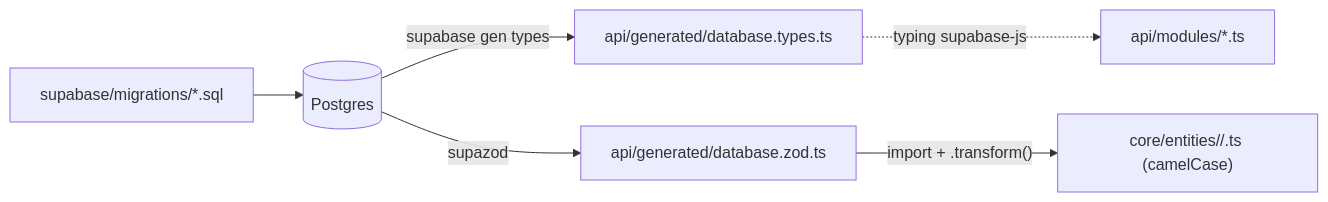
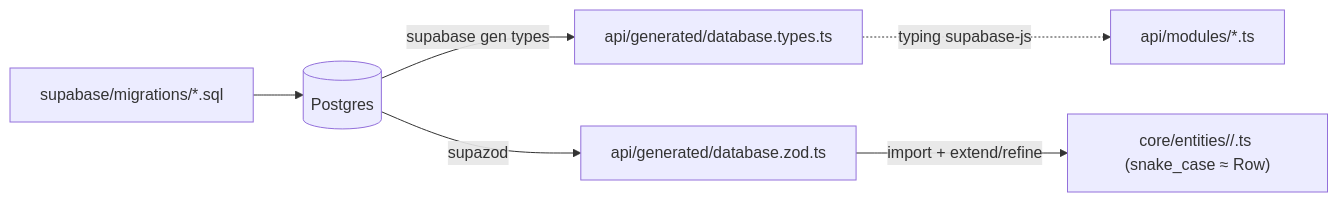
The third of 6 diagrams in docs/architecture.md (gaisdav/wlist), drawn with Mermaid before and after one commit. The commit also changed other lines of this file and 18 other files, not shown here.

````diff
--- a/docs/architecture.md
+++ b/docs/architecture.md
@@ -356,8 +344,8 @@
 ```mermaid
 flowchart LR
   Migrate["supabase/migrations/*.sql"] --> DB[(Postgres)]
   DB -- supabase gen types --> Types["api/generated/database.types.ts"]
   DB -- supazod --> Zod["api/generated/database.zod.ts"]
-  Zod -- import + .transform() --> Ent["core/entities/<name>/<name>.ts (camelCase)"]
+  Zod -- import + extend/refine --> Ent["core/entities/<name>/<name>.ts (snake_case ≈ Row)"]
   Types -. typing supabase-js .-> Modules["api/modules/*.ts"]
 ```
````
